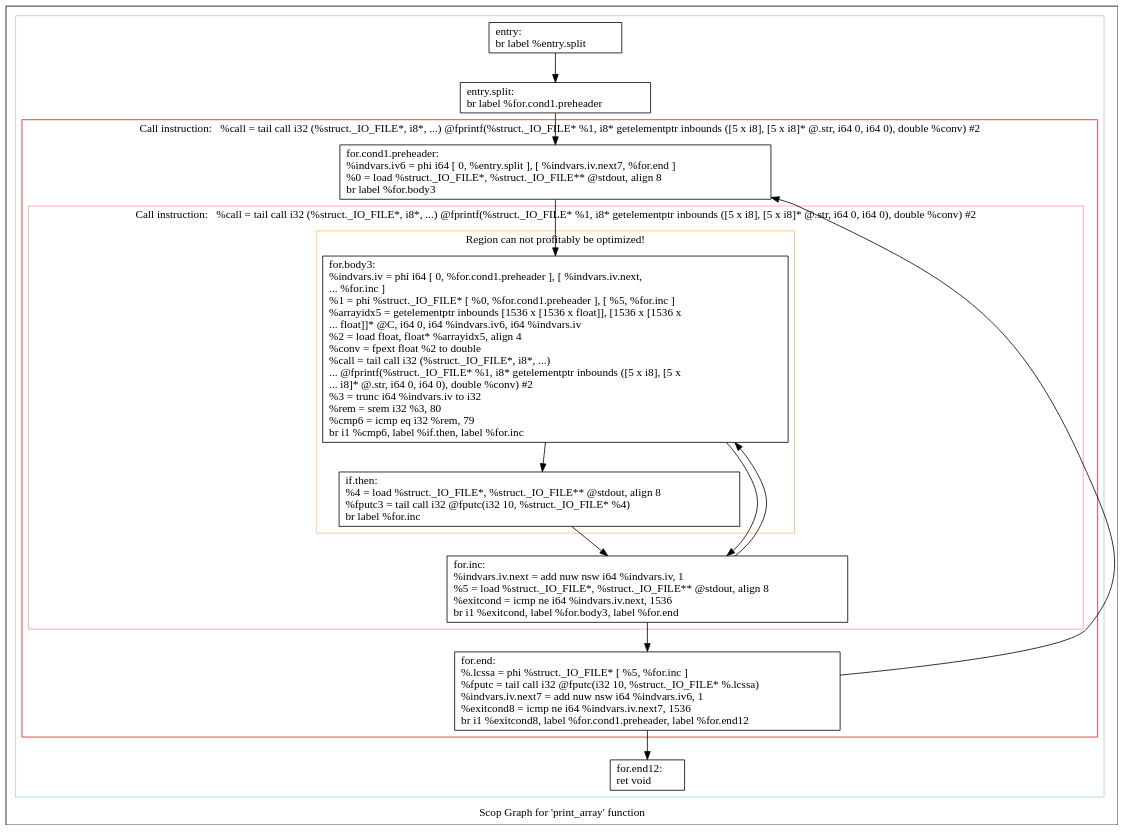
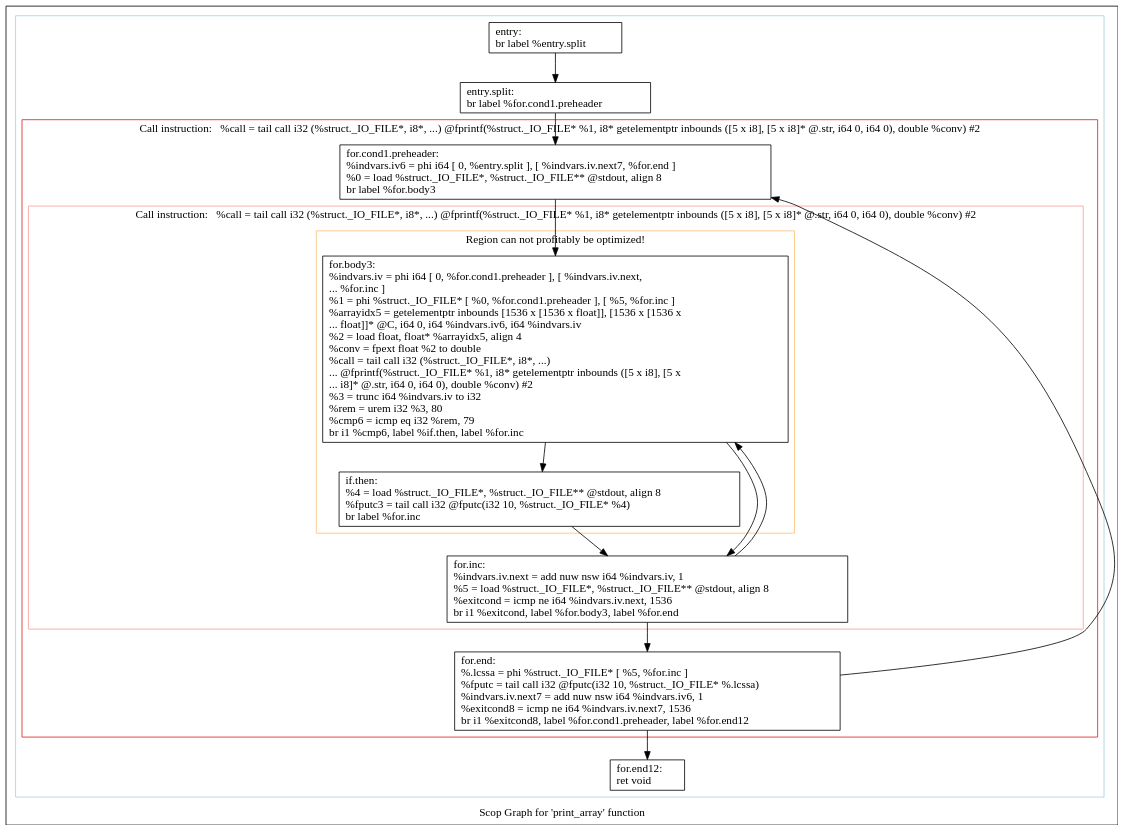
One commit to intel/quantum-intrinsics changed the diagram in polly/docs/experiments/matmul/scops.print_array.dot. Above: the diagram before and after it, drawn with Graphviz. The commit also changed 37 other files, not shown here.

```diff
--- a/polly/docs/experiments/matmul/scops.print_array.dot
+++ b/polly/docs/experiments/matmul/scops.print_array.dot
@@ -1,51 +1,51 @@
 digraph "Scop Graph for 'print_array' function" {
 	label="Scop Graph for 'print_array' function";
 
-	Node0x5b5ee00 [shape=record,label="{entry:\l  br label %entry.split\l}"];
-	Node0x5b5ee00 -> Node0x5b5ee50;
-	Node0x5b5ee50 [shape=record,label="{entry.split:                                      \l  br label %for.cond1.preheader\l}"];
-	Node0x5b5ee50 -> Node0x5b5ee70;
-	Node0x5b5ee70 [shape=record,label="{for.cond1.preheader:                              \l  %indvars.iv6 = phi i64 [ 0, %entry.split ], [ %indvars.iv.next7, %for.end ]\l  %0 = load %struct._IO_FILE*, %struct._IO_FILE** @stdout, align 8\l  br label %for.body3\l}"];
-	Node0x5b5ee70 -> Node0x5b5ee20;
-	Node0x5b5ee20 [shape=record,label="{for.body3:                                        \l  %indvars.iv = phi i64 [ 0, %for.cond1.preheader ], [ %indvars.iv.next,\l... %for.inc ]\l  %1 = phi %struct._IO_FILE* [ %0, %for.cond1.preheader ], [ %5, %for.inc ]\l  %arrayidx5 = getelementptr inbounds [1536 x [1536 x float]], [1536 x [1536 x\l... float]]* @C, i64 0, i64 %indvars.iv6, i64 %indvars.iv\l  %2 = load float, float* %arrayidx5, align 4\l  %conv = fpext float %2 to double\l  %call = tail call i32 (%struct._IO_FILE*, i8*, ...)\l... @fprintf(%struct._IO_FILE* %1, i8* getelementptr inbounds ([5 x i8], [5 x\l... i8]* @.str, i64 0, i64 0), double %conv) #2\l  %3 = trunc i64 %indvars.iv to i32\l  %rem = srem i32 %3, 80\l  %cmp6 = icmp eq i32 %rem, 79\l  br i1 %cmp6, label %if.then, label %for.inc\l}"];
-	Node0x5b5ee20 -> Node0x5b60d10;
-	Node0x5b5ee20 -> Node0x5b60d70;
-	Node0x5b60d10 [shape=record,label="{if.then:                                          \l  %4 = load %struct._IO_FILE*, %struct._IO_FILE** @stdout, align 8\l  %fputc3 = tail call i32 @fputc(i32 10, %struct._IO_FILE* %4)\l  br label %for.inc\l}"];
-	Node0x5b60d10 -> Node0x5b60d70;
-	Node0x5b60d70 [shape=record,label="{for.inc:                                          \l  %indvars.iv.next = add nuw nsw i64 %indvars.iv, 1\l  %5 = load %struct._IO_FILE*, %struct._IO_FILE** @stdout, align 8\l  %exitcond = icmp ne i64 %indvars.iv.next, 1536\l  br i1 %exitcond, label %for.body3, label %for.end\l}"];
-	Node0x5b60d70 -> Node0x5b5ee20[constraint=false];
-	Node0x5b60d70 -> Node0x5b60e10;
-	Node0x5b60e10 [shape=record,label="{for.end:                                          \l  %.lcssa = phi %struct._IO_FILE* [ %5, %for.inc ]\l  %fputc = tail call i32 @fputc(i32 10, %struct._IO_FILE* %.lcssa)\l  %indvars.iv.next7 = add nuw nsw i64 %indvars.iv6, 1\l  %exitcond8 = icmp ne i64 %indvars.iv.next7, 1536\l  br i1 %exitcond8, label %for.cond1.preheader, label %for.end12\l}"];
-	Node0x5b60e10 -> Node0x5b5ee70[constraint=false];
-	Node0x5b60e10 -> Node0x5b60e70;
-	Node0x5b60e70 [shape=record,label="{for.end12:                                        \l  ret void\l}"];
+	Node0x7fffc6c42bf0 [shape=record,label="{entry:\l  br label %entry.split\l}"];
+	Node0x7fffc6c42bf0 -> Node0x7fffc6c42f10;
+	Node0x7fffc6c42f10 [shape=record,label="{entry.split:                                      \l  br label %for.cond1.preheader\l}"];
+	Node0x7fffc6c42f10 -> Node0x7fffc6c4abb0;
+	Node0x7fffc6c4abb0 [shape=record,label="{for.cond1.preheader:                              \l  %indvars.iv6 = phi i64 [ 0, %entry.split ], [ %indvars.iv.next7, %for.end ]\l  %0 = load %struct._IO_FILE*, %struct._IO_FILE** @stdout, align 8\l  br label %for.body3\l}"];
+	Node0x7fffc6c4abb0 -> Node0x7fffc6c4ac10;
+	Node0x7fffc6c4ac10 [shape=record,label="{for.body3:                                        \l  %indvars.iv = phi i64 [ 0, %for.cond1.preheader ], [ %indvars.iv.next,\l... %for.inc ]\l  %1 = phi %struct._IO_FILE* [ %0, %for.cond1.preheader ], [ %5, %for.inc ]\l  %arrayidx5 = getelementptr inbounds [1536 x [1536 x float]], [1536 x [1536 x\l... float]]* @C, i64 0, i64 %indvars.iv6, i64 %indvars.iv\l  %2 = load float, float* %arrayidx5, align 4\l  %conv = fpext float %2 to double\l  %call = tail call i32 (%struct._IO_FILE*, i8*, ...)\l... @fprintf(%struct._IO_FILE* %1, i8* getelementptr inbounds ([5 x i8], [5 x\l... i8]* @.str, i64 0, i64 0), double %conv) #2\l  %3 = trunc i64 %indvars.iv to i32\l  %rem = urem i32 %3, 80\l  %cmp6 = icmp eq i32 %rem, 79\l  br i1 %cmp6, label %if.then, label %for.inc\l}"];
+	Node0x7fffc6c4ac10 -> Node0x7fffc6c4af80;
+	Node0x7fffc6c4ac10 -> Node0x7fffc6c4afe0;
+	Node0x7fffc6c4af80 [shape=record,label="{if.then:                                          \l  %4 = load %struct._IO_FILE*, %struct._IO_FILE** @stdout, align 8\l  %fputc3 = tail call i32 @fputc(i32 10, %struct._IO_FILE* %4)\l  br label %for.inc\l}"];
+	Node0x7fffc6c4af80 -> Node0x7fffc6c4afe0;
+	Node0x7fffc6c4afe0 [shape=record,label="{for.inc:                                          \l  %indvars.iv.next = add nuw nsw i64 %indvars.iv, 1\l  %5 = load %struct._IO_FILE*, %struct._IO_FILE** @stdout, align 8\l  %exitcond = icmp ne i64 %indvars.iv.next, 1536\l  br i1 %exitcond, label %for.body3, label %for.end\l}"];
+	Node0x7fffc6c4afe0 -> Node0x7fffc6c4ac10[constraint=false];
+	Node0x7fffc6c4afe0 -> Node0x7fffc6c4b3b0;
+	Node0x7fffc6c4b3b0 [shape=record,label="{for.end:                                          \l  %.lcssa = phi %struct._IO_FILE* [ %5, %for.inc ]\l  %fputc = tail call i32 @fputc(i32 10, %struct._IO_FILE* %.lcssa)\l  %indvars.iv.next7 = add nuw nsw i64 %indvars.iv6, 1\l  %exitcond8 = icmp ne i64 %indvars.iv.next7, 1536\l  br i1 %exitcond8, label %for.cond1.preheader, label %for.end12\l}"];
+	Node0x7fffc6c4b3b0 -> Node0x7fffc6c4abb0[constraint=false];
+	Node0x7fffc6c4b3b0 -> Node0x7fffc6c4b580;
+	Node0x7fffc6c4b580 [shape=record,label="{for.end12:                                        \l  ret void\l}"];
 	colorscheme = "paired12"
-        subgraph cluster_0x5b349a0 {
+        subgraph cluster_0x7fffc6c32540 {
           label = "";
           style = solid;
           color = 1
-          subgraph cluster_0x5b5c2c0 {
+          subgraph cluster_0x7fffc6c32dc0 {
             label = "Call instruction:   %call = tail call i32 (%struct._IO_FILE*, i8*, ...) @fprintf(%struct._IO_FILE* %1, i8* getelementptr inbounds ([5 x i8], [5 x i8]* @.str, i64 0, i64 0), double %conv) #2";
             style = solid;
             color = 6
-            subgraph cluster_0x5b5c240 {
+            subgraph cluster_0x7fffc6c32690 {
               label = "Call instruction:   %call = tail call i32 (%struct._IO_FILE*, i8*, ...) @fprintf(%struct._IO_FILE* %1, i8* getelementptr inbounds ([5 x i8], [5 x i8]* @.str, i64 0, i64 0), double %conv) #2";
               style = solid;
               color = 5
-              subgraph cluster_0x5b34a20 {
+              subgraph cluster_0x7fffc6c32f30 {
                 label = "Region can not profitably be optimized!";
                 style = solid;
                 color = 7
-                Node0x5b5ee20;
-                Node0x5b60d10;
+                Node0x7fffc6c4ac10;
+                Node0x7fffc6c4af80;
               }
-              Node0x5b60d70;
+              Node0x7fffc6c4afe0;
             }
-            Node0x5b5ee70;
-            Node0x5b60e10;
+            Node0x7fffc6c4abb0;
+            Node0x7fffc6c4b3b0;
           }
-          Node0x5b5ee00;
-          Node0x5b5ee50;
-          Node0x5b60e70;
+          Node0x7fffc6c42bf0;
+          Node0x7fffc6c42f10;
+          Node0x7fffc6c4b580;
         }
 }
```
